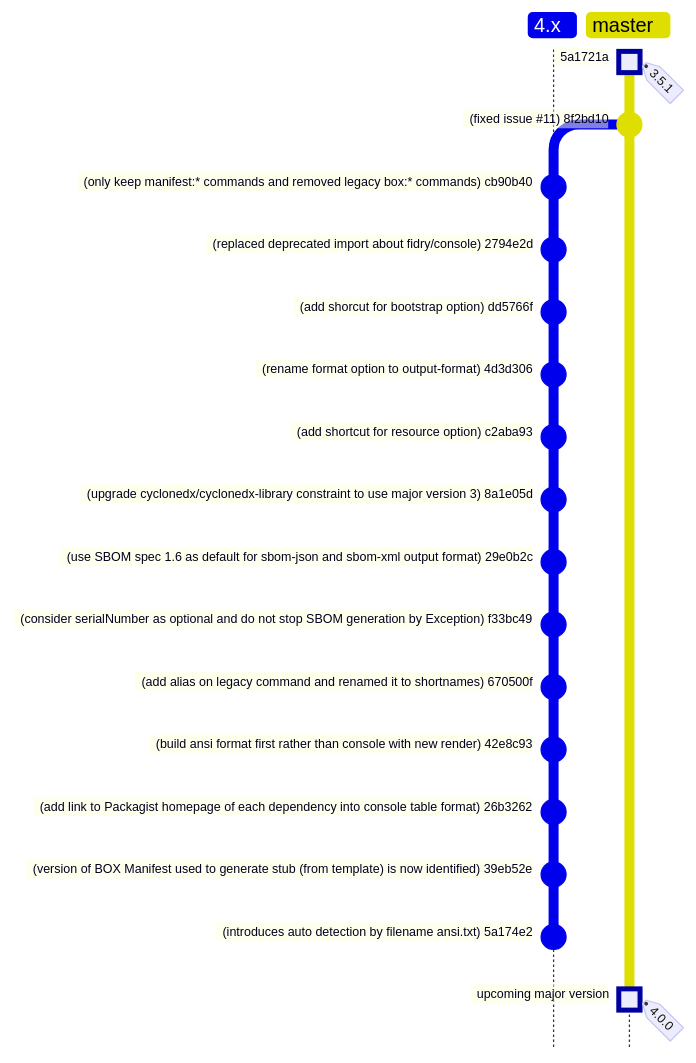
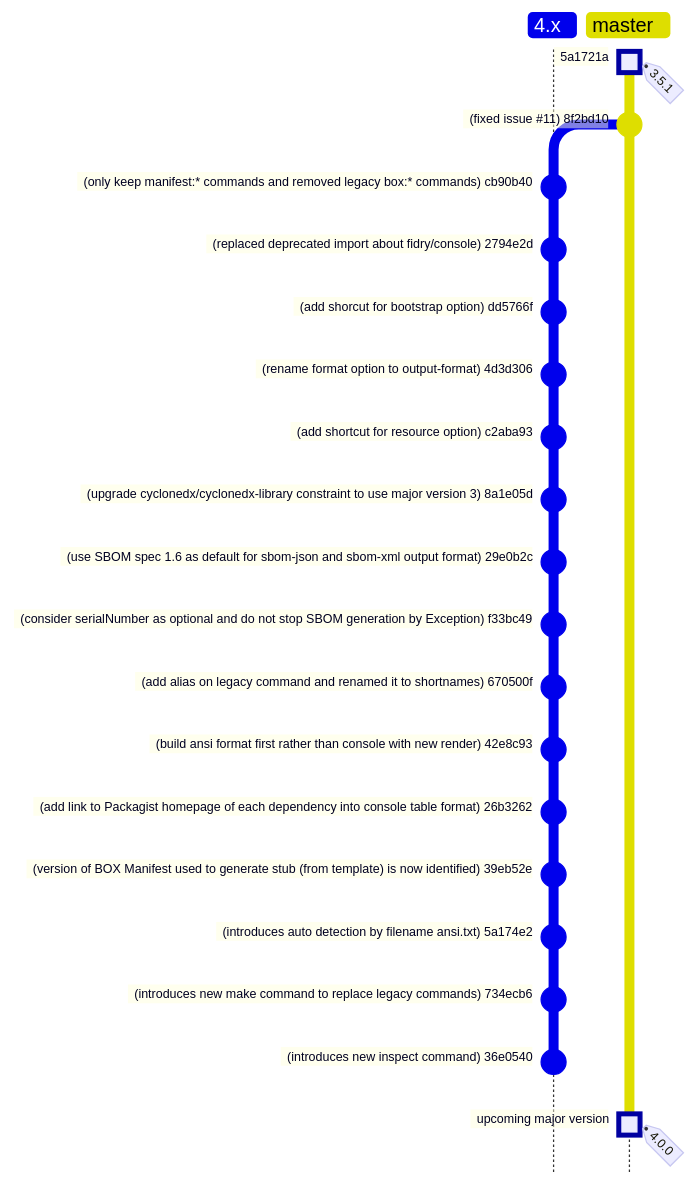
The diagram in README.md (llaville/box-manifest), drawn with Mermaid before and after one commit.

Commit message:
update current roadmap

````diff
--- a/README.md
+++ b/README.md
@@ -38,22 +38,24 @@
 ```mermaid
 %%{init: { 'gitGraph': {'mainBranchName': 'master', 'rotateCommitLabel': false, 'mainBranchOrder': 1}} }%%
 gitGraph TB:
     commit id: "5a1721a" type: HIGHLIGHT tag: "3.5.1"
     commit id: "(fixed issue #11) 8f2bd10"
     branch 4.x
     commit id: "(only keep manifest:* commands and removed legacy box:* commands) cb90b40"
     commit id: "(replaced deprecated import about fidry/console) 2794e2d"
     commit id: "(add shorcut for bootstrap option) dd5766f"
     commit id: "(rename format option to output-format) 4d3d306"
     commit id: "(add shortcut for resource option) c2aba93"
     commit id: "(upgrade cyclonedx/cyclonedx-library constraint to use major version 3) 8a1e05d"
     commit id: "(use SBOM spec 1.6 as default for sbom-json and sbom-xml output format) 29e0b2c"
     commit id: "(consider serialNumber as optional and do not stop SBOM generation by Exception) f33bc49"
     commit id: "(add alias on legacy command and renamed it to shortnames) 670500f"
     commit id: "(build ansi format first rather than console with new render) 42e8c93"
     commit id: "(add link to Packagist homepage of each dependency into console table format) 26b3262"
     commit id: "(version of BOX Manifest used to generate stub (from template) is now identified) 39eb52e"
     commit id: "(introduces auto detection by filename ansi.txt) 5a174e2"
+    commit id: "(introduces new make command to replace legacy commands) 734ecb6"
+    commit id: "(introduces new inspect command) 36e0540"
     checkout master
     commit id: "upcoming major version" type: HIGHLIGHT tag: "4.0.0"
 ```
````
